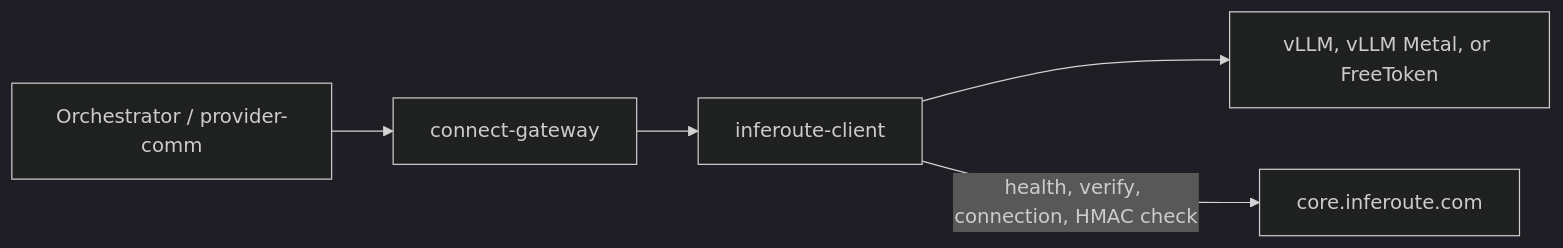
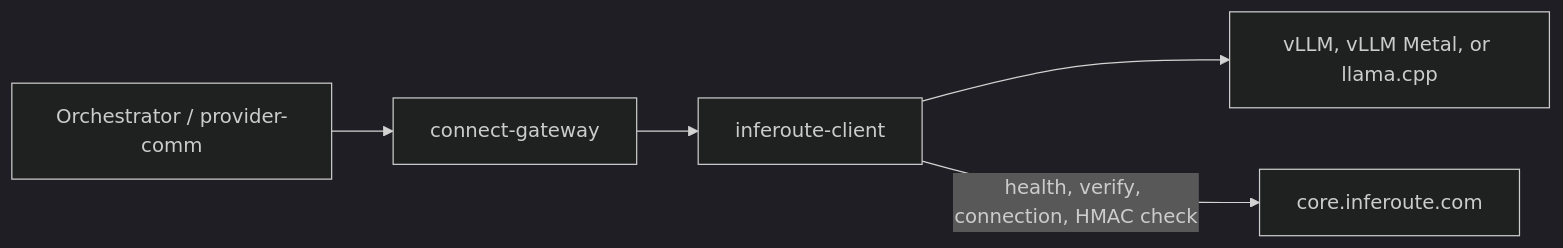
One commit to Inferoute/inferoute-client changed the diagram in documentation/technical.md. Above: the diagram before and after it, drawn with Mermaid (dark theme). The commit also changed other lines of this file and 44 other files, not shown here.

First line of the commit message:
Replace FreeToken with llama.cpp on Windows and Apple Silicon.

````diff
--- a/documentation/technical.md
+++ b/documentation/technical.md
@@ -20,11 +20,11 @@
 ```mermaid
 flowchart LR
   Orch[Orchestrator / provider-comm]
   GW[connect-gateway]
   Client[inferoute-client]
-  LLM[vLLM, vLLM Metal, or FreeToken]
+  LLM[vLLM, vLLM Metal, or llama.cpp]
   Plat[core.inferoute.com]
 
   Orch --> GW --> Client --> LLM
   Client -->|health, verify, connection, HMAC check| Plat
 ```
````
